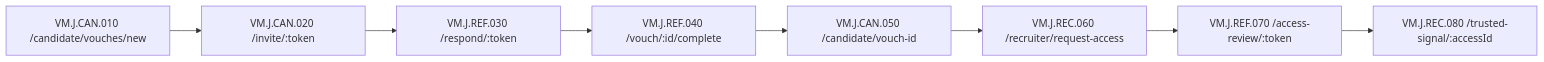
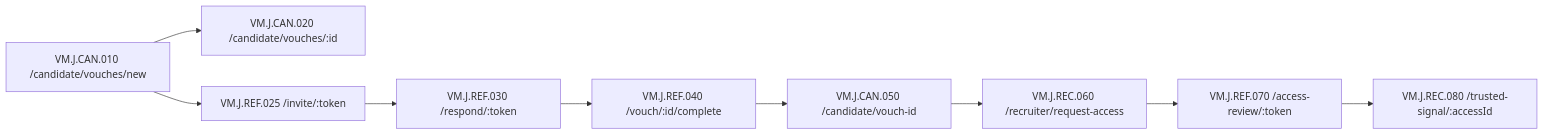
Before and after one commit to kza-hps/contextatlas: the diagram in examples/vouchme/context-atlas/diagrams/L1-page-route-map.mmd, drawn with Mermaid. The commit also changed 10 other files, not shown here.

```diff
--- a/examples/vouchme/context-atlas/diagrams/L1-page-route-map.mmd
+++ b/examples/vouchme/context-atlas/diagrams/L1-page-route-map.mmd
@@ -1,8 +1,9 @@
 flowchart LR
-  A["VM.J.CAN.010 /candidate/vouches/new"] --> B["VM.J.CAN.020 /invite/:token"]
-  B --> C["VM.J.REF.030 /respond/:token"]
+  A["VM.J.CAN.010 /candidate/vouches/new"] --> B["VM.J.CAN.020 /candidate/vouches/:id"]
+  A --> I["VM.J.REF.025 /invite/:token"]
+  I --> C["VM.J.REF.030 /respond/:token"]
   C --> D["VM.J.REF.040 /vouch/:id/complete"]
   D --> E["VM.J.CAN.050 /candidate/vouch-id"]
   E --> F["VM.J.REC.060 /recruiter/request-access"]
   F --> G["VM.J.REF.070 /access-review/:token"]
   G --> H["VM.J.REC.080 /trusted-signal/:accessId"]
```
